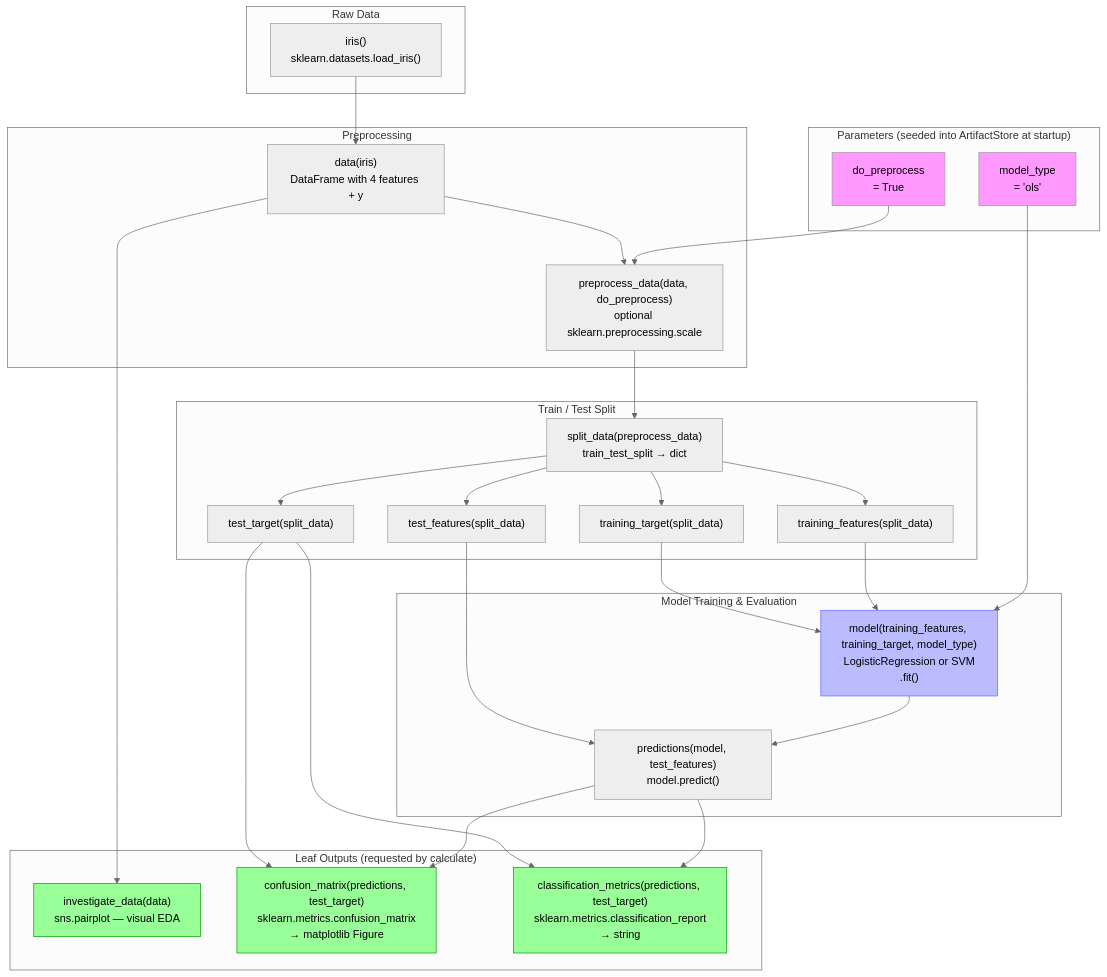
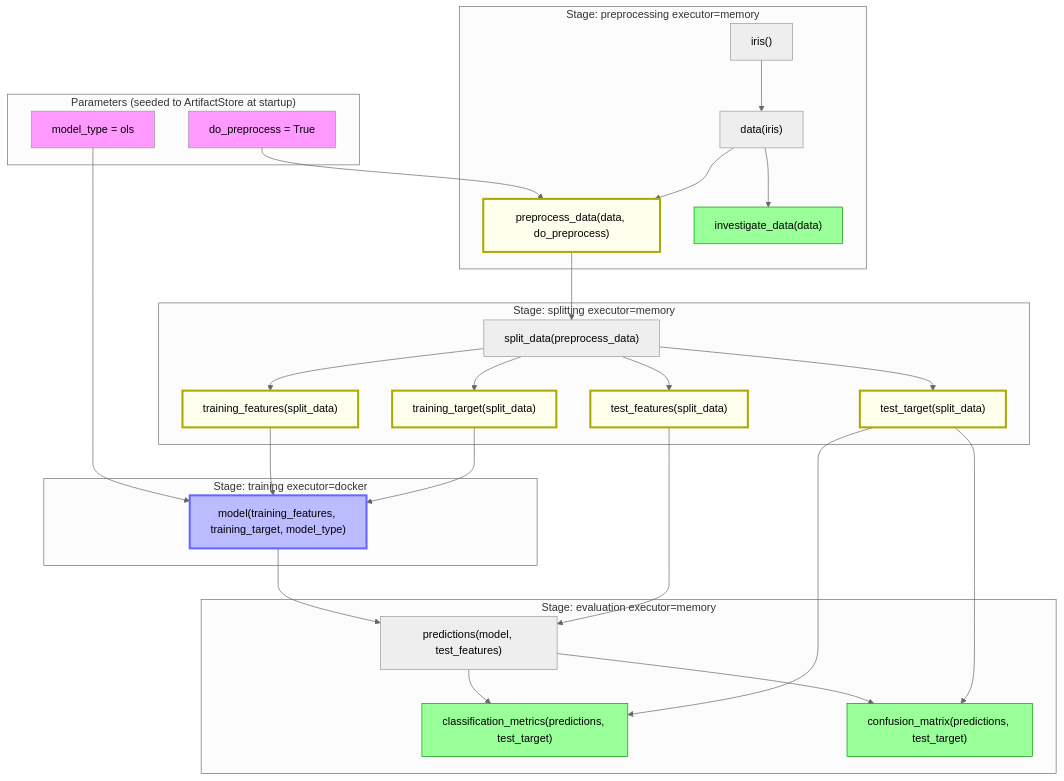
The fifth of 12 diagrams in fn_graph/examples/solution/DIAGRAMS.md (ganeshhgupta/fn_graph), drawn with Mermaid (neutral theme) before and after one commit. The commit also changed other lines of this file, not shown here.

Commit message:
docs: update DIAGRAMS.md for stage partitioning — new diagrams 11 and 12, all others updated

````diff
--- a/fn_graph/examples/solution/DIAGRAMS.md
+++ b/fn_graph/examples/solution/DIAGRAMS.md
@@ -222,57 +241,57 @@
 ```mermaid
 graph TD
-    subgraph Params["Parameters (seeded into ArtifactStore at startup)"]
-        MT["model_type\n= 'ols'"]
-        DP["do_preprocess\n= True"]
+    subgraph Params["Parameters (seeded to ArtifactStore at startup)"]
+        MT["model_type = ols"]
+        DP["do_preprocess = True"]
     end
 
-    subgraph Raw["Raw Data"]
-        IRIS["iris()\nsklearn.datasets.load_iris()"]
+    subgraph S1["Stage: preprocessing  executor=memory"]
+        IRIS["iris()"]
+        DATA["data(iris)"]
+        PRE["preprocess_data(data, do_preprocess)"]
+        INV["investigate_data(data)"]
     end
 
-    subgraph Prep["Preprocessing"]
-        DATA["data(iris)\nDataFrame with 4 features + y"]
-        PRE["preprocess_data(data, do_preprocess)\noptional sklearn.preprocessing.scale"]
-    end
-
-    subgraph Split["Train / Test Split"]
-        SPLIT["split_data(preprocess_data)\ntrain_test_split → dict"]
+    subgraph S2["Stage: splitting  executor=memory"]
+        SPLIT["split_data(preprocess_data)"]
         TRF["training_features(split_data)"]
         TRT["training_target(split_data)"]
         TEF["test_features(split_data)"]
         TET["test_target(split_data)"]
     end
 
-    subgraph ML["Model Training & Evaluation"]
-        MOD["model(training_features, training_target, model_type)\nLogisticRegression or SVM\n.fit()"]
-        PRED["predictions(model, test_features)\nmodel.predict()"]
+    subgraph S3["Stage: training  executor=docker"]
+        MOD["model(training_features, training_target, model_type)"]
     end
 
-    subgraph Outputs["Leaf Outputs (requested by calculate)"]
-        INV["investigate_data(data)\nsns.pairplot — visual EDA"]
-        CM["confusion_matrix(predictions, test_target)\nsklearn.metrics.confusion_matrix\n→ matplotlib Figure"]
-        CL["classification_metrics(predictions, test_target)\nsklearn.metrics.classification_report\n→ string"]
+    subgraph S4["Stage: evaluation  executor=memory"]
+        PRED["predictions(model, test_features)"]
+        CL["classification_metrics(predictions, test_target)"]
+        CM["confusion_matrix(predictions, test_target)"]
     end
 
     MT --> MOD
     DP --> PRE
     IRIS --> DATA
     DATA --> PRE
     DATA --> INV
     PRE --> SPLIT
     SPLIT --> TRF & TRT & TEF & TET
     TRF & TRT --> MOD
     MOD --> PRED
     TEF --> PRED
-    PRED --> CM
-    PRED --> CL
-    TET --> CM
-    TET --> CL
+    PRED --> CM & CL
+    TET --> CM & CL
 
     style MT fill:#f9f,stroke:#999
     style DP fill:#f9f,stroke:#999
+    style PRE fill:#ffe,stroke:#aa0,stroke-width:3px
+    style TRF fill:#ffe,stroke:#aa0,stroke-width:3px
+    style TRT fill:#ffe,stroke:#aa0,stroke-width:3px
+    style TEF fill:#ffe,stroke:#aa0,stroke-width:3px
+    style TET fill:#ffe,stroke:#aa0,stroke-width:3px
+    style MOD fill:#bbf,stroke:#66f,stroke-width:3px
     style INV fill:#9f9,stroke:#090
     style CM fill:#9f9,stroke:#090
     style CL fill:#9f9,stroke:#090
-    style MOD fill:#bbf,stroke:#66f
 ```
````
